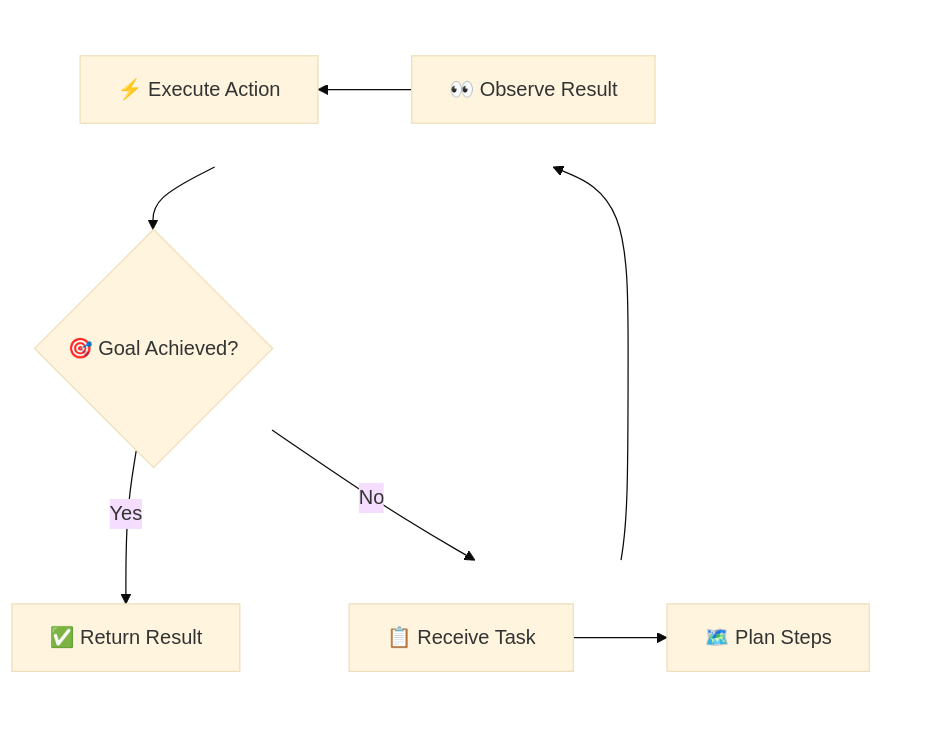
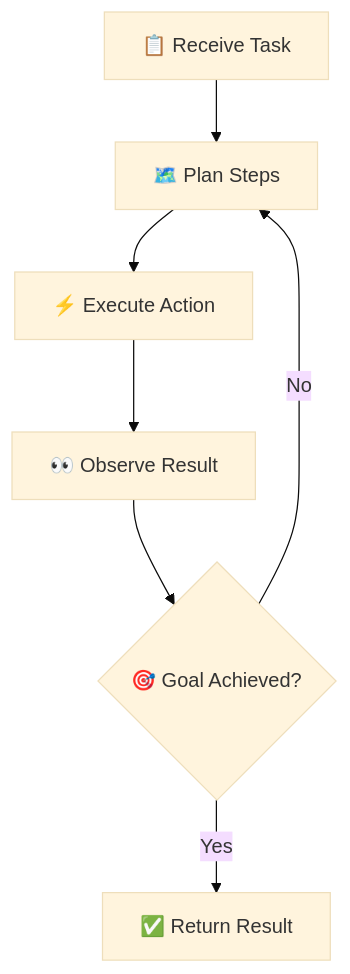
Before and after one commit to robstrader/agentic-ai-presentation: the third of 3 diagrams in slides.md, drawn with Mermaid (base theme). The commit also changed other lines of this file, not shown here.

Commit message:
fix: tweak agentic AI diagram and position

````diff
--- a/slides.md
+++ b/slides.md
@@ -216,22 +216,9 @@
 ```mermaid {scale: 0.6}
- flowchart TD
-    subgraph Row1 [ ]
-        direction LR
-        A["📋 Receive Task"] --> B["🗺️ Plan Steps"]
-    end
-
-    subgraph Row2 [ ]
-        direction RL
-        D["👀 Observe Result"] --> C["⚡ Execute Action"]
-    end
-
-    %% Vertical connectors to snake the flow
-    B --> C
+flowchart TD
+    A["📋 Receive Task"] --> B["🗺️ Plan Steps"]
+    B --> C["⚡ Execute Action"]
+    C --> D["👀 Observe Result"]
     D --> E{"🎯 Goal Achieved?"}
     E -- "Yes" --> F["✅ Return Result"]
     E -- "No" --> B
-
-    %% Hide subgraph borders for a clean look
-    style Row1 fill:none,stroke:none
-    style Row2 fill:none,stroke:none
 ```
````
